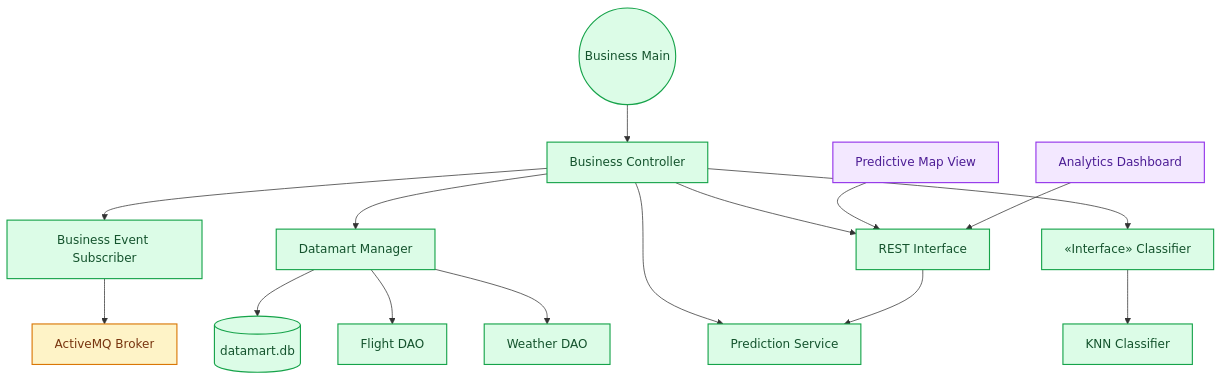
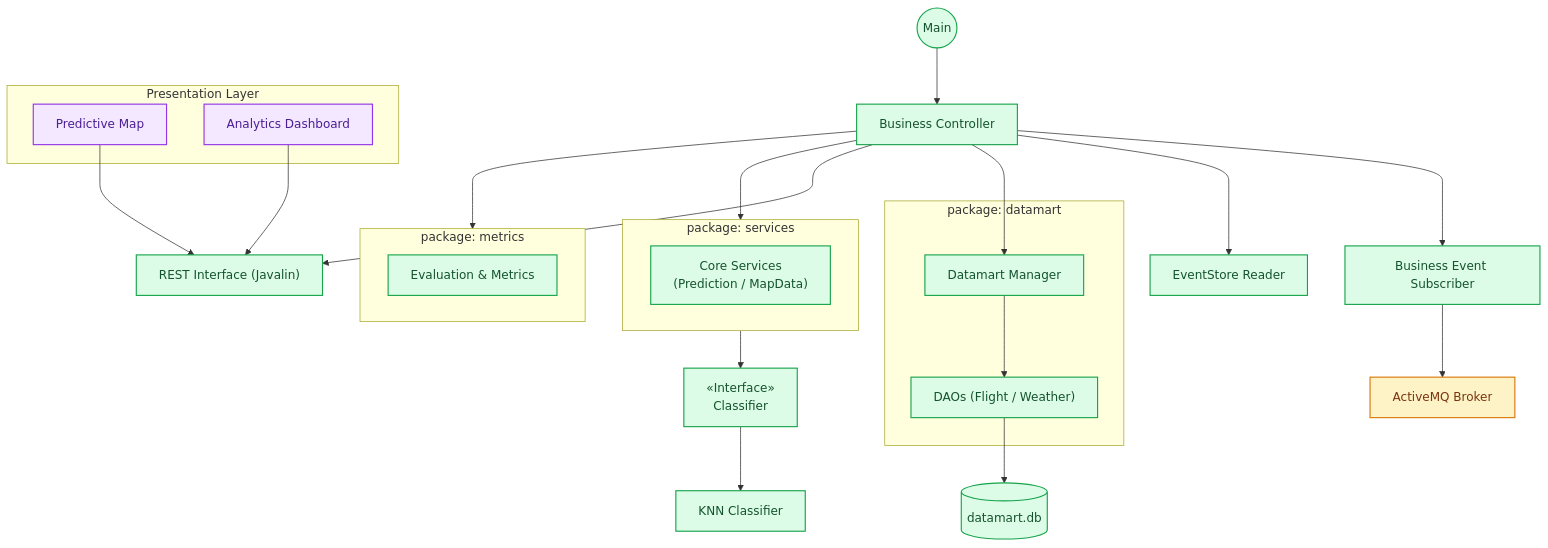
The fifth of 5 diagrams in README.md (NoVibesJustCode/sky-delay-forecast), drawn with Mermaid before and after one commit. The commit also changed other lines of this file and 1 other file, not shown here.

Commit message:
docs: update Business Unit diagram

````diff
--- a/README.md
+++ b/README.md
@@ -408,48 +408,68 @@
 ```mermaid
 flowchart TD
-  node_business_main(("Business Main")):::toneGreen
+  node_business_main(("Main")):::toneGreen
   node_business_controller["Business Controller"]:::toneGreen
-  node_business_subscriber["Business Event Subscriber"]:::toneGreen
-  node_datamart_manager["Datamart Manager"]:::toneGreen
-  node_flight_dao["Flight DAO"]:::toneGreen
-  node_weather_dao["Weather DAO"]:::toneGreen
-  node_datamart_db[("datamart.db")]:::toneGreen
-  node_rest_interface["REST Interface"]:::toneGreen
-  node_classifier_interface["«Interface» Classifier"]:::toneGreen
-  node_knn_classifier["KNN Classifier"]:::toneGreen
-  node_prediction_service["Prediction Service"]:::toneGreen
+  
+  subgraph pkg_datamart ["package: datamart"]
+    node_dm_manager["Datamart Manager"]:::toneGreen
+    node_daos["DAOs (Flight / Weather)"]:::toneGreen
+  end
+
+  subgraph pkg_services ["package: services"]
+    node_services["Core Services<br/>(Prediction / MapData)"]:::toneGreen
+  end
+
+  subgraph pkg_metrics ["package: metrics"]
+    node_metrics["Evaluation & Metrics"]:::toneGreen
+  end
+
+  node_event_reader["EventStore Reader"]:::toneGreen
+  node_subscriber["Business Event Subscriber"]:::toneGreen
+  node_rest["REST Interface (Javalin)"]:::toneGreen
+  
+  node_classifier_int["«Interface» 
+  Classifier"]:::toneGreen
+  node_knn["KNN Classifier"]:::toneGreen
   
   node_amq["ActiveMQ Broker"]:::toneAmber
-  node_map_view["Predictive Map View"]:::tonePurple
-  node_dashboard_view["Analytics Dashboard"]:::tonePurple
+  node_db[("datamart.db")]:::toneGreen
 
+  %% Logic Flow
   node_business_main --> node_business_controller
-  node_business_controller --> node_business_subscriber
-  node_business_subscriber --> node_amq
-  node_business_controller --> node_datamart_manager
-  node_datamart_manager --> node_datamart_db
-  node_datamart_manager --> node_flight_dao
-  node_datamart_manager --> node_weather_dao
-  node_business_controller --> node_rest_interface
-  node_business_controller --> node_classifier_interface
-  node_classifier_interface --> node_knn_classifier
-  node_business_controller --> node_prediction_service
-  node_rest_interface --> node_prediction_service
   
-  node_map_view --> node_rest_interface
-  node_dashboard_view --> node_rest_interface
+  %% Orchestration
+  node_business_controller --> node_subscriber
+  node_business_controller --> node_event_reader
+  node_business_controller --> node_dm_manager
+  node_business_controller --> pkg_services
+  node_business_controller --> pkg_metrics
+  node_business_controller --> node_rest
+  
+  %% Internal dependencies
+  node_subscriber --> node_amq
+  node_dm_manager --> node_daos
+  node_daos --> node_db
+  
+  pkg_services --> node_classifier_int
+  node_classifier_int --> node_knn
+  
+  %% Frontend connection
+  subgraph Presentation ["Presentation Layer"]
+    node_map["Predictive Map"]:::tonePurple
+    node_dash["Analytics Dashboard"]:::tonePurple
+  end
 
+  node_map --> node_rest
+  node_dash --> node_rest
+
+  %% Clickable Links
   click node_business_main "https://github.com/novibesjustcode/sky-delay-forecast/blob/dev/business-unit/src/main/java/es/ulpgc/dacd/skydelay/business/Main.java"
-  click node_business_controller "https://github.com/novibesjustcode/sky-delay-forecast/blob/dev/business-unit/src/main/java/es/ulpgc/dacd/skydelay/business/control/Controller.java"
-  click node_business_subscriber "https://github.com/novibesjustcode/sky-delay-forecast/blob/dev/business-unit/src/main/java/es/ulpgc/dacd/skydelay/business/control/BusinessEventSubscriber.java"
-  click node_datamart_manager "https://github.com/novibesjustcode/sky-delay-forecast/blob/dev/business-unit/src/main/java/es/ulpgc/dacd/skydelay/business/control/datamart/DatamartManager.java"
-  click node_flight_dao "https://github.com/novibesjustcode/sky-delay-forecast/blob/dev/business-unit/src/main/java/es/ulpgc/dacd/skydelay/business/control/datamart/FlightDAO.java"
-  click node_weather_dao "https://github.com/novibesjustcode/sky-delay-forecast/blob/dev/business-unit/src/main/java/es/ulpgc/dacd/skydelay/business/control/datamart/WeatherDAO.java"
-  click node_rest_interface "https://github.com/novibesjustcode/sky-delay-forecast/blob/dev/business-unit/src/main/java/es/ulpgc/dacd/skydelay/business/control/RestInterface.java"
-  click node_knn_classifier "https://github.com/novibesjustcode/sky-delay-forecast/blob/dev/business-unit/src/main/java/es/ulpgc/dacd/skydelay/business/control/KNNClassifier.java"
-  click node_prediction_service "https://github.com/novibesjustcode/sky-delay-forecast/blob/dev/business-unit/src/main/java/es/ulpgc/dacd/skydelay/business/control/services/PredictionService.java"
+  click node_business_controller "https://github.com/novibesjustcode/sky-delay-forecast/blob/dev/business-unit/src/main/java/es/ulpgc/dacd/skydelay/business/Controller.java"
+  click node_subscriber "https://github.com/novibesjustcode/sky-delay-forecast/blob/dev/business-unit/src/main/java/es/ulpgc/dacd/skydelay/business/BusinessEventSubscriber.java"
+  click node_rest "https://github.com/novibesjustcode/sky-delay-forecast/blob/dev/business-unit/src/main/java/es/ulpgc/dacd/skydelay/business/RestInterface.java"
+  click node_knn "https://github.com/novibesjustcode/sky-delay-forecast/blob/dev/business-unit/src/main/java/es/ulpgc/dacd/skydelay/business/KNNClassifier.java"
 
   classDef toneGreen fill:#dcfce7,stroke:#16a34a,stroke-width:1.5px,color:#14532d
   classDef toneAmber fill:#fef3c7,stroke:#d97706,stroke-width:1.5px,color:#78350f
   classDef tonePurple fill:#f3e8ff,stroke:#9333ea,stroke-width:1.5px,color:#4c1d95
 ```
````
